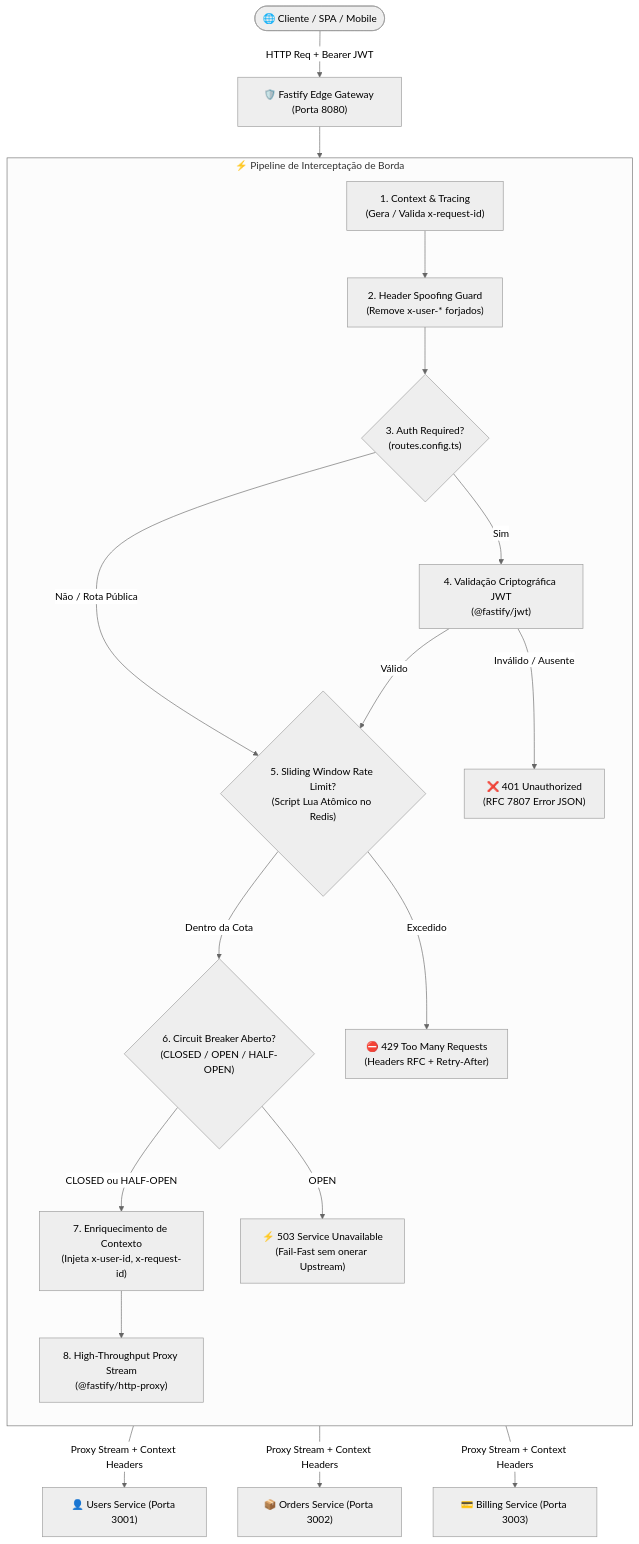
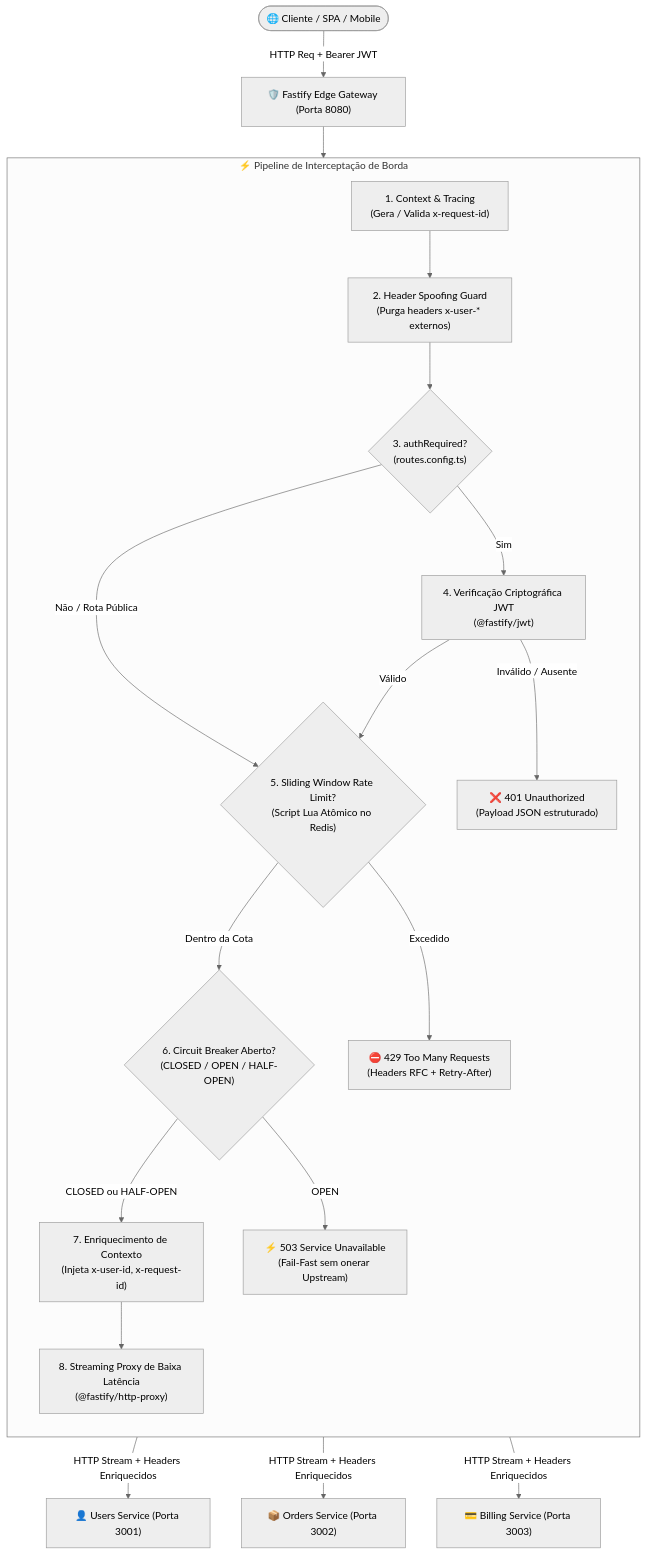
Before and after one commit to ViktorGabriel/fastify-edge-api-gateway: the first of 2 diagrams in README.md, drawn with Mermaid (neutral theme). The commit also changed other lines of this file and 4 other files, not shown here.

Commit message:
chore(platform): standardize build scripts, CI workflow with Redis service, and production architecture docs

````diff
--- a/README.md
+++ b/README.md
@@ -22,33 +31,33 @@
 ```mermaid
 flowchart TD
     Client(["🌐 Cliente / SPA / Mobile"]) -->|HTTP Req + Bearer JWT| Gateway["🛡️ Fastify Edge Gateway (Porta 8080)"]
 
-    subgraph Pipeline ["⚡ Pipeline de Interceptação de Borda"]
+    subgraph Perimetral ["⚡ Pipeline de Interceptação de Borda"]
         direction TB
         Tracing["1. Context & Tracing<br/>(Gera / Valida x-request-id)"]
-        SpoofGuard["2. Header Spoofing Guard<br/>(Remove x-user-* forjados)"]
-        AuthCheck{"3. Auth Required?<br/>(routes.config.ts)"}
-        JWTVerify["4. Validação Criptográfica JWT<br/>(@fastify/jwt)"]
+        SpoofGuard["2. Header Spoofing Guard<br/>(Purga headers x-user-* externos)"]
+        AuthCheck{"3. authRequired?<br/>(routes.config.ts)"}
+        JWTVerify["4. Verificação Criptográfica JWT<br/>(@fastify/jwt)"]
         RateLimit{"5. Sliding Window Rate Limit?<br/>(Script Lua Atômico no Redis)"}
         CircuitBreakerCheck{"6. Circuit Breaker Aberto?<br/>(CLOSED / OPEN / HALF-OPEN)"}
         HeaderEnrich["7. Enriquecimento de Contexto<br/>(Injeta x-user-id, x-request-id)"]
-        ProxyStream["8. High-Throughput Proxy Stream<br/>(@fastify/http-proxy)"]
+        ProxyStream["8. Streaming Proxy de Baixa Latência<br/>(@fastify/http-proxy)"]
 
         Tracing --> SpoofGuard --> AuthCheck
         AuthCheck -->|Sim| JWTVerify
         AuthCheck -->|Não / Rota Pública| RateLimit
         JWTVerify -->|Válido| RateLimit
-        JWTVerify -->|Inválido / Ausente| DenyAuth["❌ 401 Unauthorized<br/>(RFC 7807 Error JSON)"]
+        JWTVerify -->|Inválido / Ausente| DenyAuth["❌ 401 Unauthorized<br/>(Payload JSON estruturado)"]
         RateLimit -->|Dentro da Cota| CircuitBreakerCheck
         RateLimit -->|Excedido| DenyRL["⛔ 429 Too Many Requests<br/>(Headers RFC + Retry-After)"]
         CircuitBreakerCheck -->|CLOSED ou HALF-OPEN| HeaderEnrich
         CircuitBreakerCheck -->|OPEN| DenyCB["⚡ 503 Service Unavailable<br/>(Fail-Fast sem onerar Upstream)"]
         HeaderEnrich --> ProxyStream
     end
 
-    Gateway --> Pipeline
+    Gateway --> Perimetral
 
-    ProxyStream -->|Proxy Stream + Context Headers| SvcUsers["👤 Users Service (Porta 3001)"]
-    ProxyStream -->|Proxy Stream + Context Headers| SvcOrders["📦 Orders Service (Porta 3002)"]
-    ProxyStream -->|Proxy Stream + Context Headers| SvcBilling["💳 Billing Service (Porta 3003)"]
+    ProxyStream -->|HTTP Stream + Headers Enriquecidos| SvcUsers["👤 Users Service (Porta 3001)"]
+    ProxyStream -->|HTTP Stream + Headers Enriquecidos| SvcOrders["📦 Orders Service (Porta 3002)"]
+    ProxyStream -->|HTTP Stream + Headers Enriquecidos| SvcBilling["💳 Billing Service (Porta 3003)"]
 ```
````
